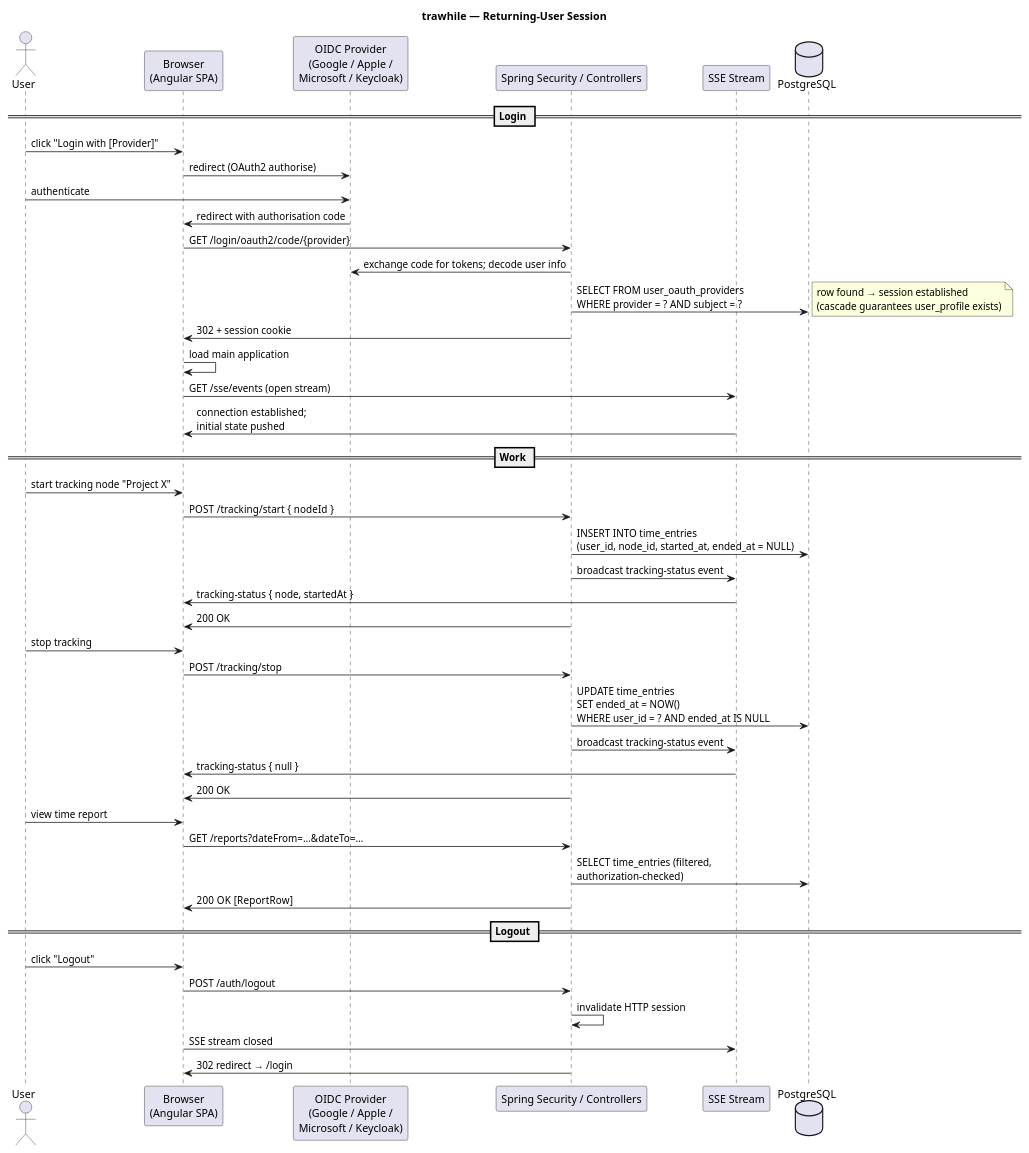
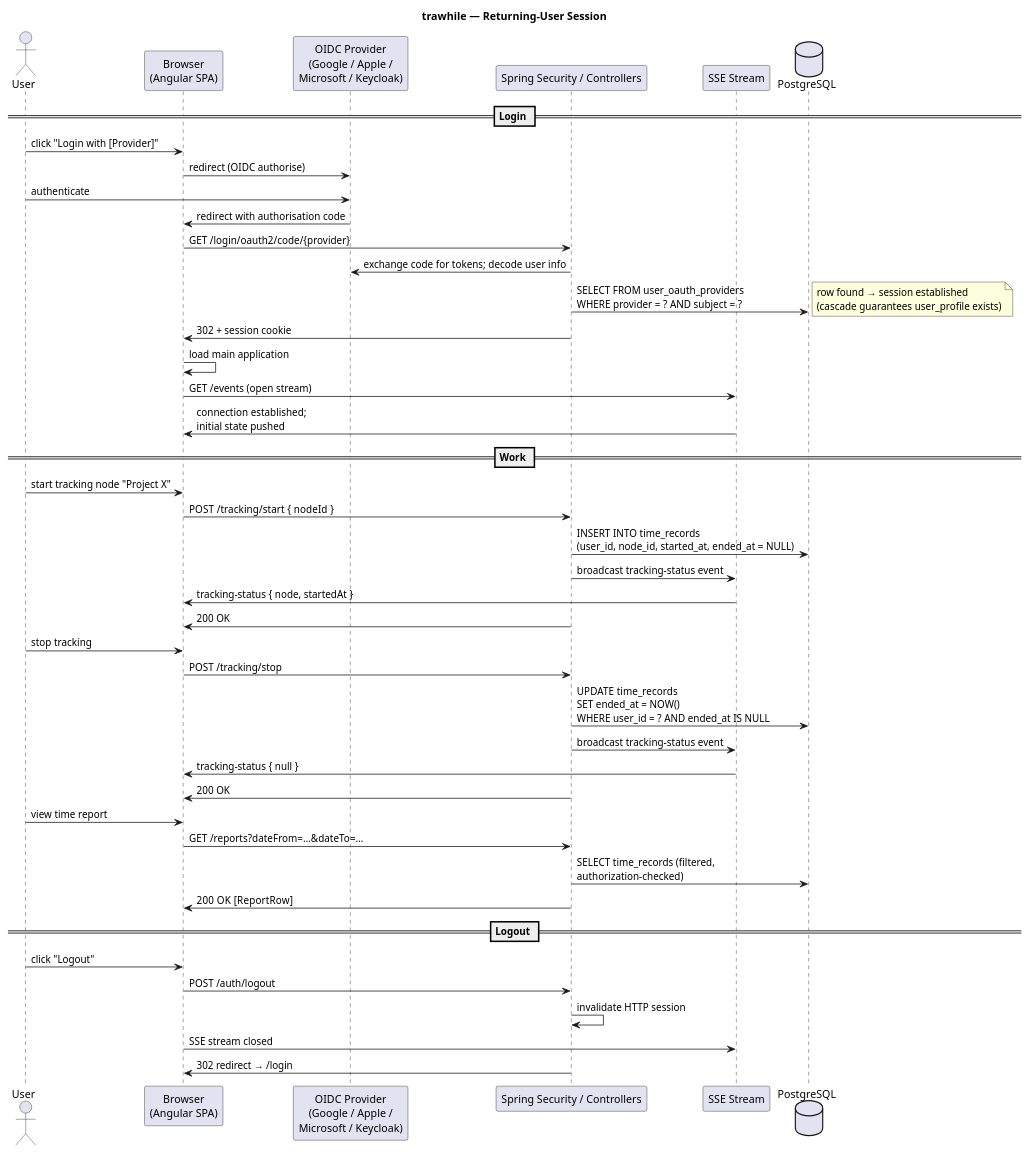
Before and after one commit to uCore7/trawhile: the diagram in docs/uml/seq-session.puml, drawn with PlantUML. The commit also changed 59 other files, not shown here.

```diff
--- a/docs/uml/seq-session.puml
+++ b/docs/uml/seq-session.puml
@@ -1,56 +1,56 @@
 @startuml seq-session
 title trawhile — Returning-User Session
 
 actor       "User"                          as User
 participant "Browser\n(Angular SPA)"        as Browser
 participant "OIDC Provider\n(Google / Apple /\nMicrosoft / Keycloak)" as Provider
 participant "Spring Security / Controllers" as Spring
 participant "SSE Stream"                    as SSE
 database    "PostgreSQL"                    as DB
 
 == Login ==
 
 User   ->  Browser : click "Login with [Provider]"
-Browser -> Provider : redirect (OAuth2 authorise)
+Browser -> Provider : redirect (OIDC authorise)
 User   ->  Provider : authenticate
 Provider -> Browser : redirect with authorisation code
 Browser -> Spring   : GET /login/oauth2/code/{provider}
 Spring  -> Provider : exchange code for tokens; decode user info
 Spring  -> DB       : SELECT FROM user_oauth_providers\nWHERE provider = ? AND subject = ?
 note right : row found → session established\n(cascade guarantees user_profile exists)
 Spring  -> Browser  : 302 + session cookie
 Browser -> Browser  : load main application
 
-Browser -> SSE : GET /sse/events (open stream)
+Browser -> SSE : GET /events (open stream)
 SSE     -> Browser : connection established;\ninitial state pushed
 
 == Work ==
 
 User    -> Browser : start tracking node "Project X"
 Browser -> Spring  : POST /tracking/start  { nodeId }
-Spring  -> DB      : INSERT INTO time_entries\n(user_id, node_id, started_at, ended_at = NULL)
+Spring  -> DB      : INSERT INTO time_records\n(user_id, node_id, started_at, ended_at = NULL)
 Spring  -> SSE     : broadcast tracking-status event
 SSE     -> Browser : tracking-status { node, startedAt }
 Spring  -> Browser : 200 OK
 
 User    -> Browser : stop tracking
 Browser -> Spring  : POST /tracking/stop
-Spring  -> DB      : UPDATE time_entries\nSET ended_at = NOW()\nWHERE user_id = ? AND ended_at IS NULL
+Spring  -> DB      : UPDATE time_records\nSET ended_at = NOW()\nWHERE user_id = ? AND ended_at IS NULL
 Spring  -> SSE     : broadcast tracking-status event
 SSE     -> Browser : tracking-status { null }
 Spring  -> Browser : 200 OK
 
 User    -> Browser : view time report
 Browser -> Spring  : GET /reports?dateFrom=…&dateTo=…
-Spring  -> DB      : SELECT time_entries (filtered,\nauthorization-checked)
+Spring  -> DB      : SELECT time_records (filtered,\nauthorization-checked)
 Spring  -> Browser : 200 OK  [ReportRow]
 
 == Logout ==
 
 User    -> Browser : click "Logout"
 Browser -> Spring  : POST /auth/logout
 Spring  -> Spring  : invalidate HTTP session
 Browser -> SSE     : SSE stream closed
 Spring  -> Browser : 302 redirect → /login
 
 @enduml
```
